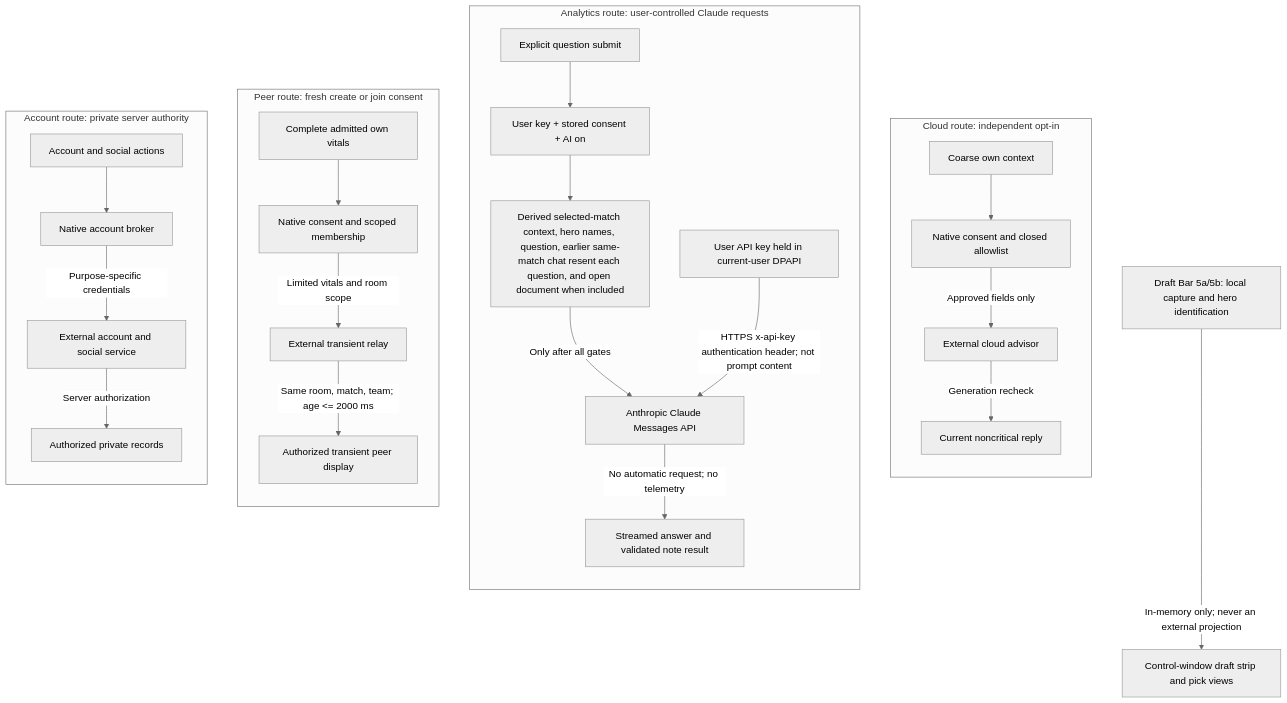
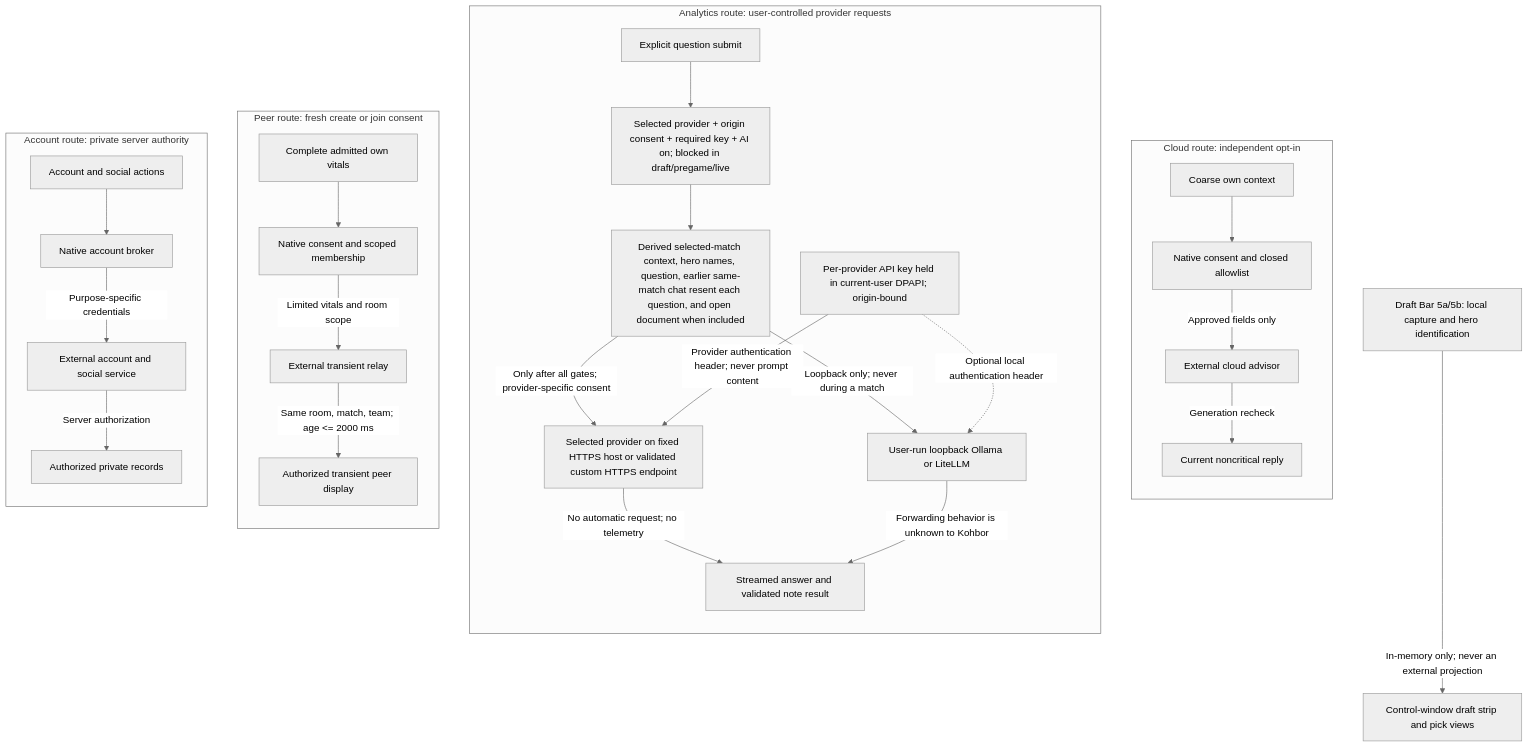
One commit to Freshair129/kohbor changed the diagram in docs/diagrams/source/DGM-005-external-data-flow.mmd. Above: the diagram before and after it, drawn with Mermaid (neutral theme). The commit also changed 46 other files, not shown here.

First line of the commit message:
feat(analytics): multiple AI providers with the user's own key (DEC-AI-PROVIDERS)

```diff
--- a/docs/diagrams/source/DGM-005-external-data-flow.mmd
+++ b/docs/diagrams/source/DGM-005-external-data-flow.mmd
@@ -1,47 +1,51 @@
 flowchart TB
   subgraph CloudRoute["Cloud route: independent opt-in"]
     direction TB
     Context["Coarse own context"]
     CloudGate["Native consent and closed allowlist"]
     Cloud["External cloud advisor"]
     Reply["Current noncritical reply"]
     Context --> CloudGate
     CloudGate -->|"Approved fields only"| Cloud
     Cloud -->|"Generation recheck"| Reply
   end
-  subgraph AnalyticsRoute["Analytics route: user-controlled Claude requests"]
+  subgraph AnalyticsRoute["Analytics route: user-controlled provider requests"]
     direction TB
     AnalyticsSubmit["Explicit question submit"]
-    AnalyticsGate["User key + stored consent + AI on"]
+    AnalyticsGate["Selected provider + origin consent + required key + AI on; blocked in draft/pregame/live"]
     AnalyticsPayload["Derived selected-match context, hero names, question, earlier same-match chat resent each question, and open document when included"]
-    UserKey["User API key held in current-user DPAPI"]
-    Claude["Anthropic Claude Messages API"]
+    UserKey["Per-provider API key held in current-user DPAPI; origin-bound"]
+    CloudProvider["Selected provider on fixed HTTPS host or validated custom HTTPS endpoint"]
+    LocalProvider["User-run loopback Ollama or LiteLLM"]
     AnalyticsResult["Streamed answer and validated note result"]
     AnalyticsSubmit --> AnalyticsGate --> AnalyticsPayload
-    AnalyticsPayload -->|"Only after all gates"| Claude
-    UserKey -->|"HTTPS x-api-key authentication header; not prompt content"| Claude
-    Claude -->|"No automatic request; no telemetry"| AnalyticsResult
+    AnalyticsPayload -->|"Only after all gates; provider-specific consent"| CloudProvider
+    UserKey -->|"Provider authentication header; never prompt content"| CloudProvider
+    AnalyticsPayload -->|"Loopback only; never during a match"| LocalProvider
+    UserKey -.->|"Optional local authentication header"| LocalProvider
+    CloudProvider -->|"No automatic request; no telemetry"| AnalyticsResult
+    LocalProvider -->|"Forwarding behavior is unknown to Kohbor"| AnalyticsResult
   end
   subgraph PeerRoute["Peer route: fresh create or join consent"]
     direction TB
     OwnVitals["Complete admitted own vitals"]
     PeerGate["Native consent and scoped membership"]
     Relay["External transient relay"]
     PeerView["Authorized transient peer display"]
     OwnVitals --> PeerGate
     PeerGate -->|"Limited vitals and room scope"| Relay
     Relay -->|"Same room, match, team; age <= 2000 ms"| PeerView
   end
   subgraph AccountRoute["Account route: private server authority"]
     direction TB
     AccountAction["Account and social actions"]
     Broker["Native account broker"]
     Social["External account and social service"]
     Records["Authorized private records"]
     AccountAction --> Broker
     Broker -->|"Purpose-specific credentials"| Social
     Social -->|"Server authorization"| Records
   end
   DraftLocal["Draft Bar 5a/5b: local capture and hero identification"]
   ControlDisplay["Control-window draft strip and pick views"]
   DraftLocal -->|"In-memory only; never an external projection"| ControlDisplay
```
